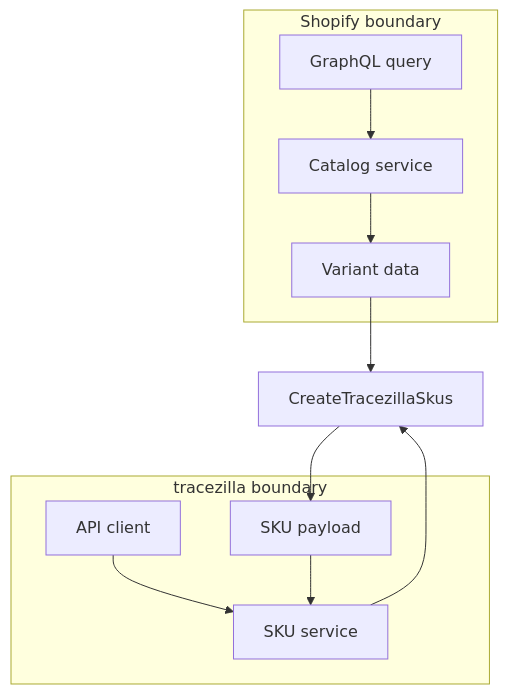
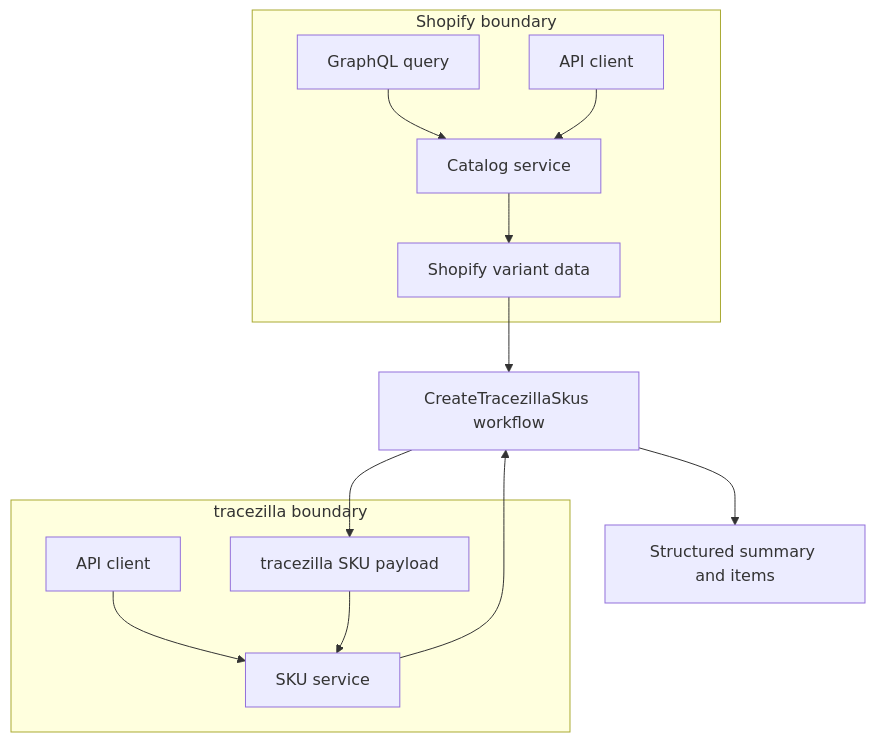
The diagram in shopify/dotnet/create-tracezilla-skus.md (Happy-Bananas/tracezilla-integrations-docs), drawn with Mermaid before and after one commit. The commit also changed other lines of this file and 9 other files, not shown here.

```diff
--- a/shopify/dotnet/create-tracezilla-skus.md
+++ b/shopify/dotnet/create-tracezilla-skus.md
@@ -26,12 +83,16 @@
 <pre class="mermaid">
 flowchart TB
- subgraph Shopify[Shopify boundary]
-  Query[GraphQL query] --> Service[Catalog service] --> Variant[Variant data]
- end
- subgraph Tracezilla[tracezilla boundary]
-  Client[API client] --> Target[SKU service]
-  Payload[SKU payload] --> Target
- end
- Variant --> Workflow[CreateTracezillaSkus]
- Target --> Workflow --> Payload
+    subgraph Shopify[Shopify boundary]
+        Query[GraphQL query] --> ShopifyService[Catalog service]
+        ShopifyClient[API client] --> ShopifyService
+        ShopifyService --> Variant[Shopify variant data]
+    end
+    subgraph Tracezilla[tracezilla boundary]
+        TracezillaClient[API client] --> TracezillaService[SKU service]
+        Payload[tracezilla SKU payload] --> TracezillaService
+    end
+    Variant --> Workflow[CreateTracezillaSkus workflow]
+    TracezillaService --> Workflow
+    Workflow --> Payload
+    Workflow --> Result[Structured summary and items]
 </pre>
```
